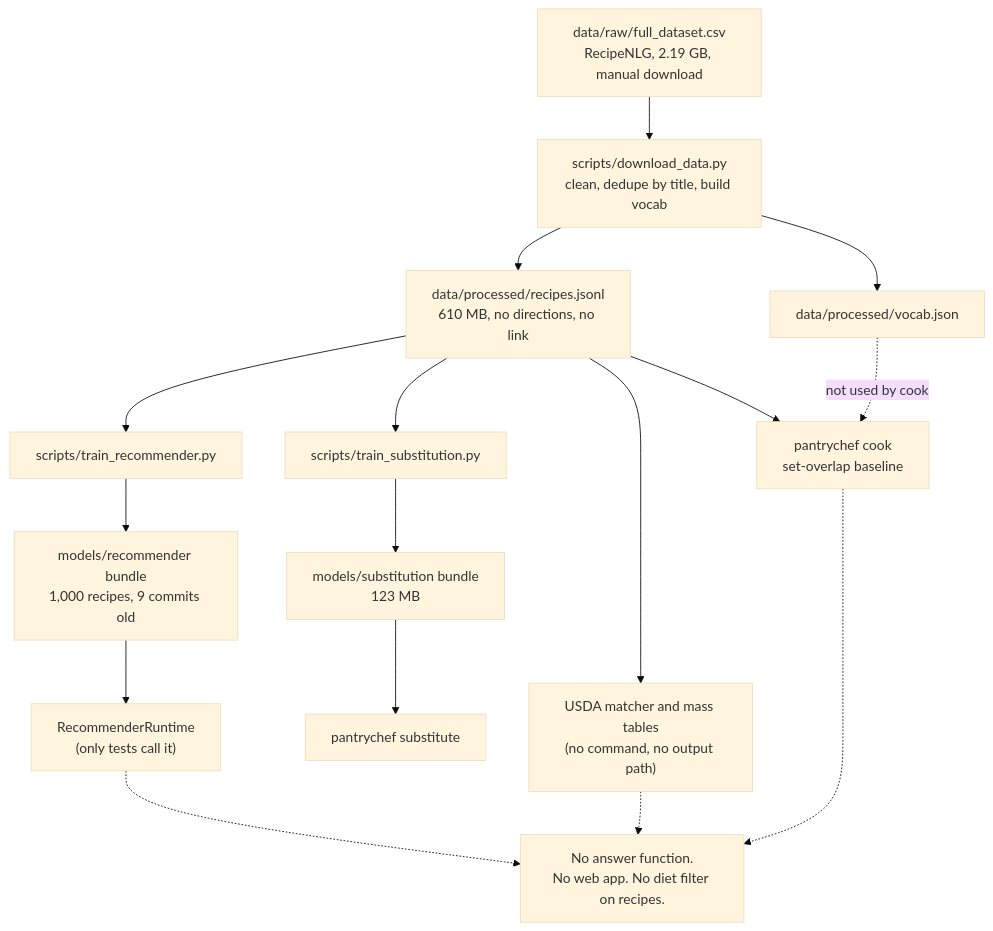
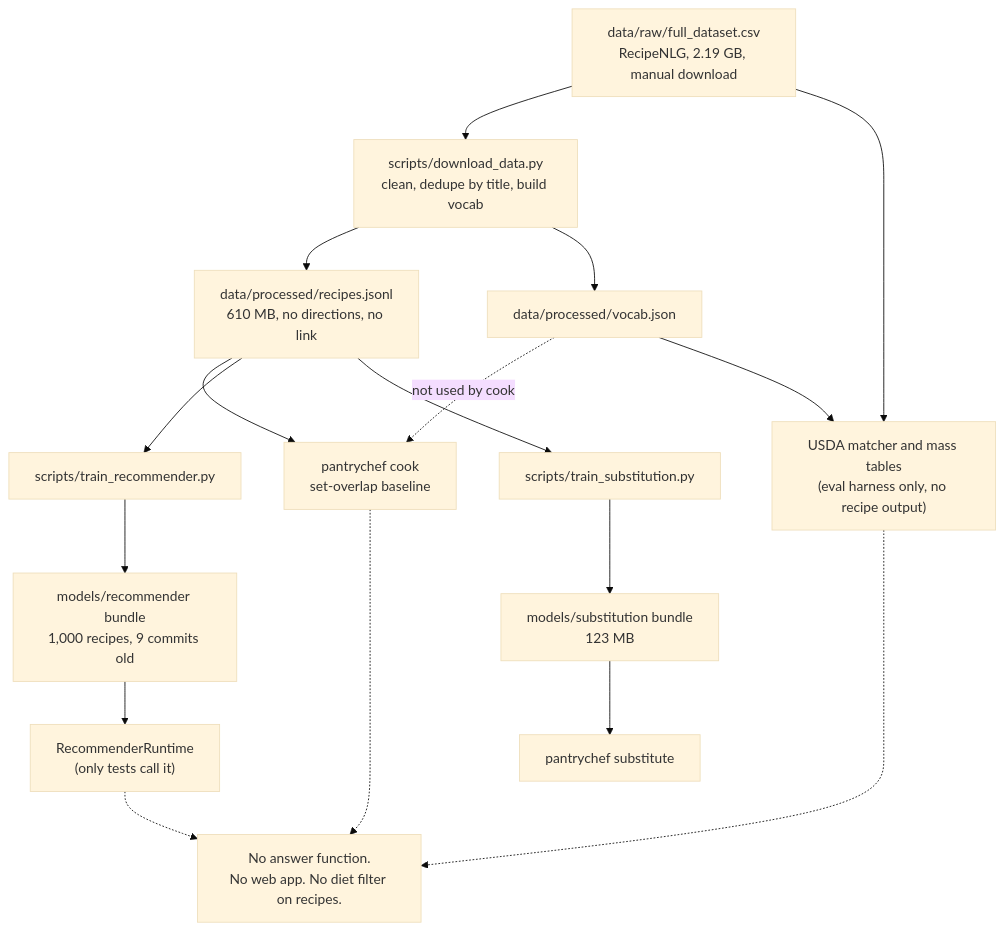
The diagram in docs/PROJECT_STATE.md (aritr-codes/PantryChef-), drawn with Mermaid (base theme) before and after one commit. The commit also changed other lines of this file and 21 other files, not shown here.

````diff
--- a/docs/PROJECT_STATE.md
+++ b/docs/PROJECT_STATE.md
@@ -56,27 +56,28 @@
 ```mermaid
 flowchart TD
   RAW["data/raw/full_dataset.csv<br/>RecipeNLG, 2.19 GB, manual download"]
   DL["scripts/download_data.py<br/>clean, dedupe by title, build vocab"]
   REC["data/processed/recipes.jsonl<br/>610 MB, no directions, no link"]
   VOC["data/processed/vocab.json"]
   COOK["pantrychef cook<br/>set-overlap baseline"]
   TRAIN["scripts/train_recommender.py"]
   BUNDLE["models/recommender bundle<br/>1,000 recipes, 9 commits old"]
   RT["RecommenderRuntime<br/>(only tests call it)"]
   SUBTRAIN["scripts/train_substitution.py"]
   SUBB["models/substitution bundle<br/>123 MB"]
   SUBCMD["pantrychef substitute"]
-  USDA["USDA matcher and mass tables<br/>(no command, no output path)"]
+  USDA["USDA matcher and mass tables<br/>(eval harness only, no recipe output)"]
   NOAPP["No answer function.<br/>No web app. No diet filter on recipes."]
 
   RAW --> DL --> REC
   DL --> VOC
   REC --> COOK
   REC --> TRAIN --> BUNDLE --> RT
   RT -.-> NOAPP
   REC --> SUBTRAIN --> SUBB --> SUBCMD
   VOC -. not used by cook .-> COOK
-  REC --> USDA
+  RAW --> USDA
+  VOC --> USDA
   USDA -.-> NOAPP
   COOK -.-> NOAPP
 ```
````
